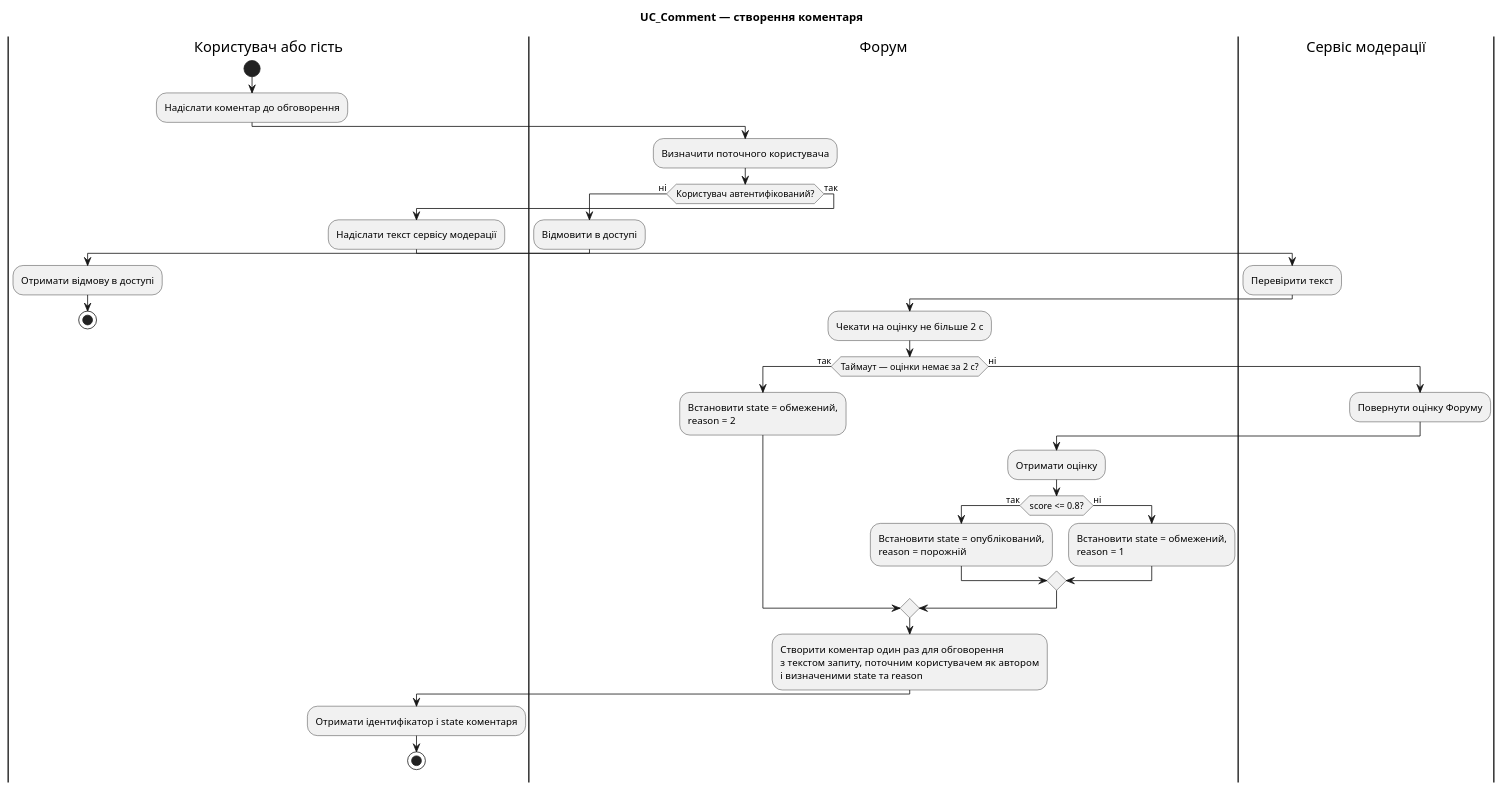
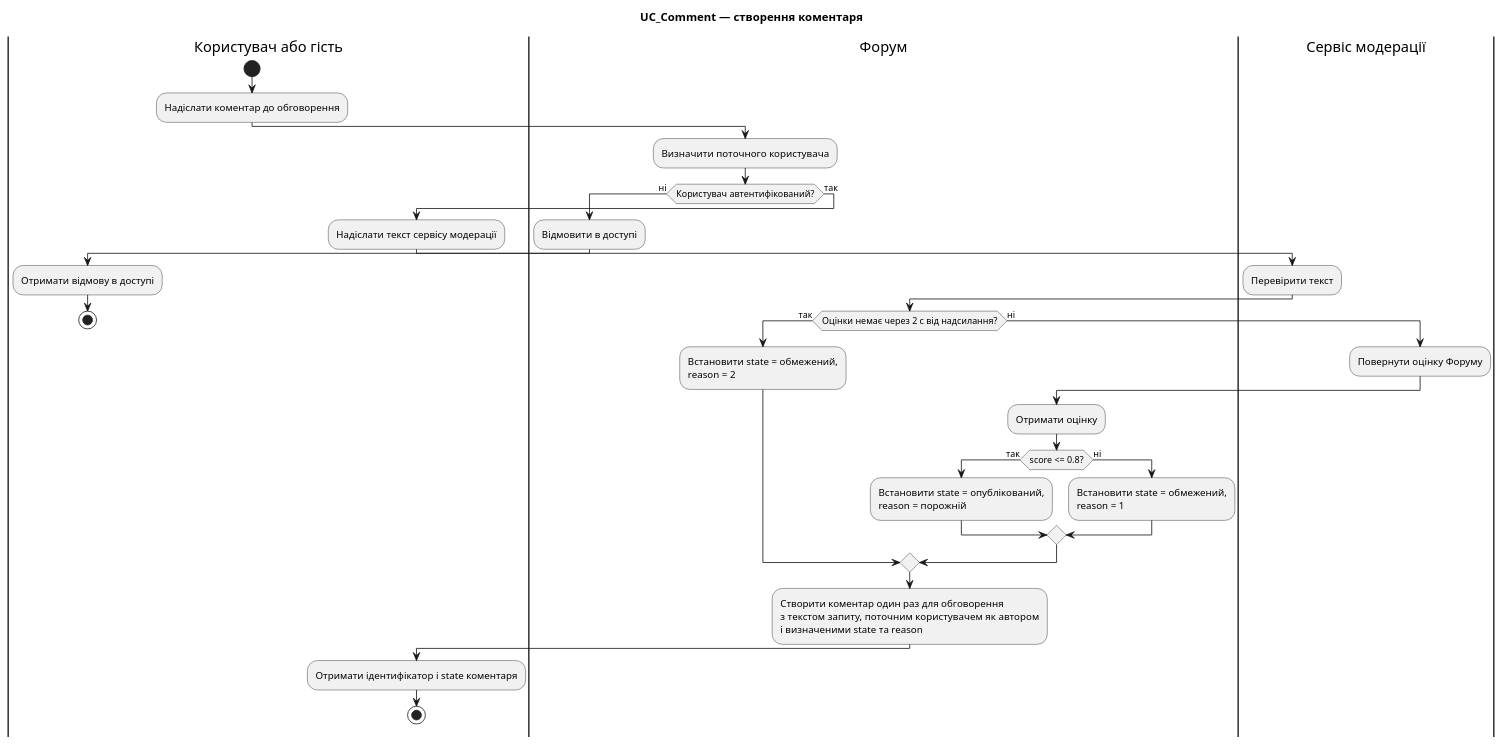
The diagram in lab4/activity.puml (tevarindol/forum), drawn with PlantUML before and after one commit.

Commit message:
fix(lab4): measure moderation timeout from request submission

```diff
--- a/lab4/activity.puml
+++ b/lab4/activity.puml
@@ -1,45 +1,44 @@
 @startuml
 title UC_Comment — створення коментаря
 
 |Користувач або гість|
 start
 :Надіслати коментар до обговорення;
 
 |Форум|
 :Визначити поточного користувача;
 if (Користувач автентифікований?) then (ні)
   :Відмовити в доступі;
   |Користувач або гість|
   :Отримати відмову в доступі;
   stop
 else (так)
   :Надіслати текст сервісу модерації;
   |Сервіс модерації|
   :Перевірити текст;
   |Форум|
-  :Чекати на оцінку не більше 2 с;
-  if (Таймаут — оцінки немає за 2 с?) then (так)
+  if (Оцінки немає через 2 с від надсилання?) then (так)
     :Встановити state = обмежений,
 reason = 2;
   else (ні)
     |Сервіс модерації|
     :Повернути оцінку Форуму;
     |Форум|
     :Отримати оцінку;
     if (score <= 0.8?) then (так)
       :Встановити state = опублікований,
 reason = порожній;
     else (ні)
       :Встановити state = обмежений,
 reason = 1;
     endif
   endif
 
   :Створити коментар один раз для обговорення
 з текстом запиту, поточним користувачем як автором
 і визначеними state та reason;
   |Користувач або гість|
   :Отримати ідентифікатор і state коментаря;
   stop
 endif
 @enduml
```
